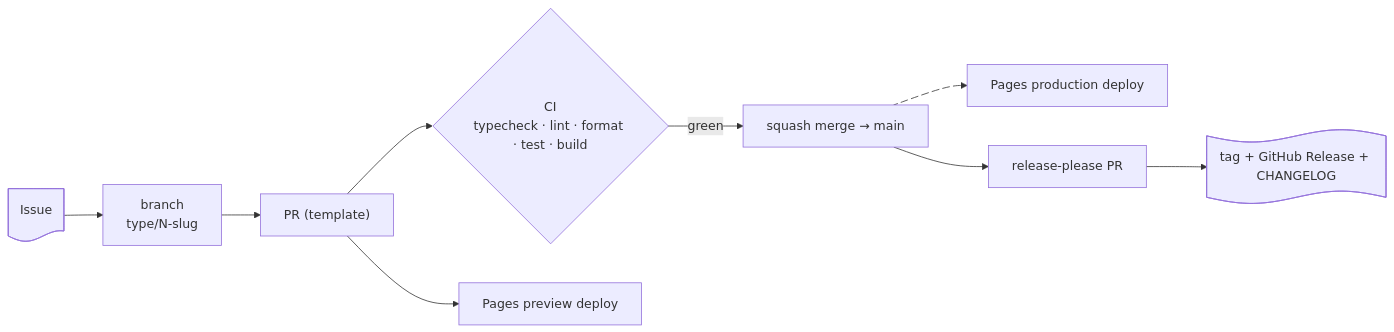
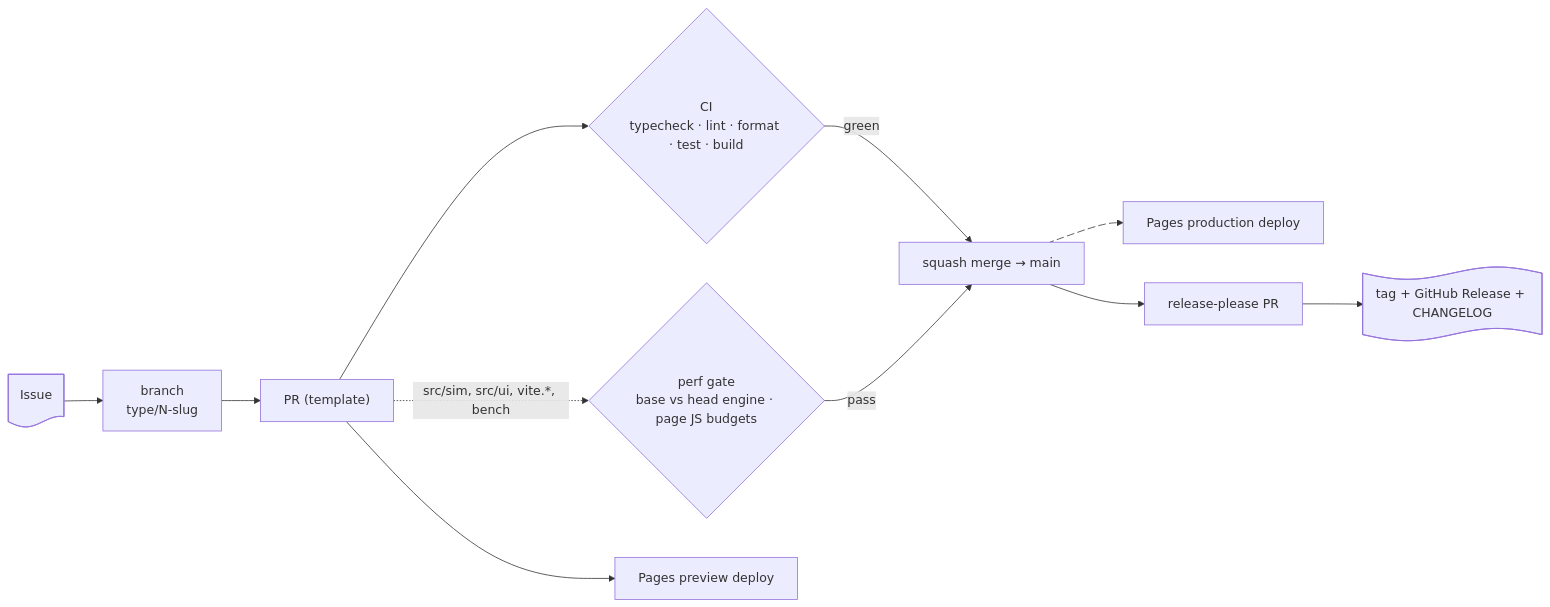
Before and after one commit to VinylStage/trex_vs_tiger_sim: the sixth of 6 diagrams in ARCHITECTURE.md, drawn with Mermaid. The commit also changed other lines of this file and 20 other files, not shown here.

````diff
--- a/ARCHITECTURE.md
+++ b/ARCHITECTURE.md
@@ -318,12 +318,14 @@
 ```mermaid
 flowchart LR
     issue@{ shape: doc, label: "Issue" } --> branch@{ shape: rect, label: "branch<br/>type/N-slug" }
     branch --> pr@{ shape: rect, label: "PR (template)" }
     pr --> ci{"CI<br/>typecheck · lint · format · test · build"}
+    pr -.->|"src/sim, src/ui, vite.*, bench"| perf{"perf gate<br/>base vs head engine · page JS budgets"}
     pr --> preview@{ shape: rect, label: "Pages preview deploy" }
     ci -- green --> merge@{ shape: rect, label: "squash merge → main" }
+    perf -- pass --> merge
     merge p1@--> prod@{ shape: rect, label: "Pages production deploy" }
     merge --> rp@{ shape: rect, label: "release-please PR" }
     rp --> tag@{ shape: flag, label: "tag + GitHub Release + CHANGELOG" }
     p1@{ animate: true }
 ```
````
